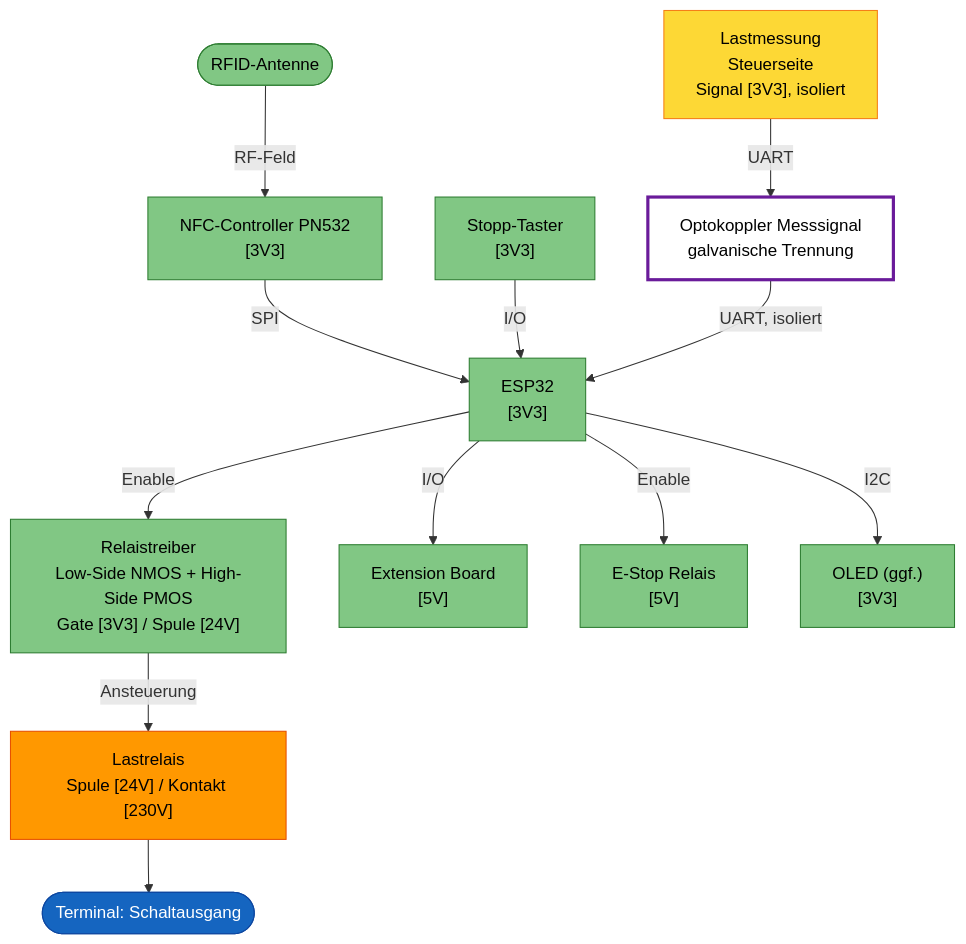
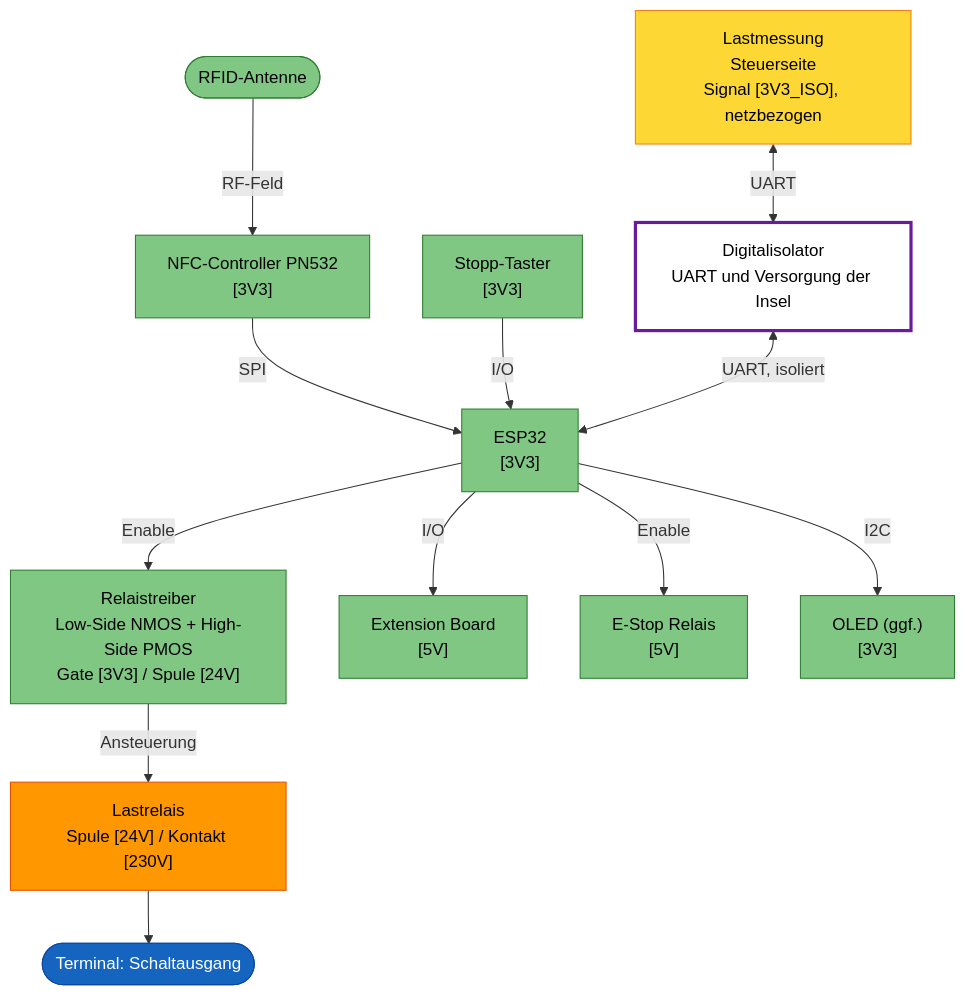
The third of 3 diagrams in hardware/projects/RFID_BOX/README.md (FREILab/easyVerwaltungHardware), drawn with Mermaid before and after one commit. The commit also changed other lines of this file and 6 other files, not shown here.

````diff
--- a/hardware/projects/RFID_BOX/README.md
+++ b/hardware/projects/RFID_BOX/README.md
@@ -366,44 +372,44 @@
 ```mermaid
 flowchart TB
     Antenne([RFID-Antenne])
     NFC["NFC-Controller PN532<br/>[3V3]"]
     ESP["ESP32<br/>[3V3]"]
     STOP["Stopp-Taster<br/>[3V3]"]
     TREIBER["Relaistreiber<br/>Low-Side NMOS + High-Side PMOS<br/>Gate [3V3] / Spule [24V]"]
     REL["Lastrelais<br/>Spule [24V] / Kontakt [230V]"]
     OUT([Terminal: Schaltausgang])
 
-    MESS["Lastmessung<br/>Steuerseite<br/>Signal [3V3], isoliert"]
-    OPTO_FB["Optokoppler Messsignal<br/>galvanische Trennung"]
+    MESS["Lastmessung<br/>Steuerseite<br/>Signal [3V3_ISO], netzbezogen"]
+    OPTO_FB["Digitalisolator<br/>UART und Versorgung der Insel"]
 
     EXT["Extension Board<br/>[5V]"]
     ESTOP["E-Stop Relais<br/>[5V]"]
     OLED["OLED (ggf.)<br/>[3V3]"]
 
     Antenne -->|RF-Feld| NFC
     NFC -->|SPI| ESP
     ESP -->|Enable| TREIBER
     TREIBER -->|Ansteuerung| REL
     REL --> OUT
 
     STOP -->|I/O| ESP
 
-    MESS -->|UART| OPTO_FB
-    OPTO_FB -->|UART, isoliert| ESP
+    MESS <-->|UART| OPTO_FB
+    OPTO_FB <-->|UART, isoliert| ESP
 
     ESP -->|I/O| EXT
     ESP -->|Enable| ESTOP
     ESP -->|I2C| OLED
 
     classDef term230 fill:#1565c0,color:#fff,stroke:#0d47a1
     classDef part230 fill:#ff9800,color:#000,stroke:#e65100
     classDef partSELV fill:#81c784,color:#000,stroke:#2e7d32
     classDef iso fill:#fff,color:#000,stroke:#6a1b9a,stroke-width:3px
     classDef touch230 fill:#fdd835,color:#000,stroke:#f57f17
 
     class OUT term230
     class REL part230
     class Antenne,NFC,ESP,STOP,EXT,ESTOP,OLED,TREIBER partSELV
     class MESS touch230
     class OPTO_FB iso
 ```
````
